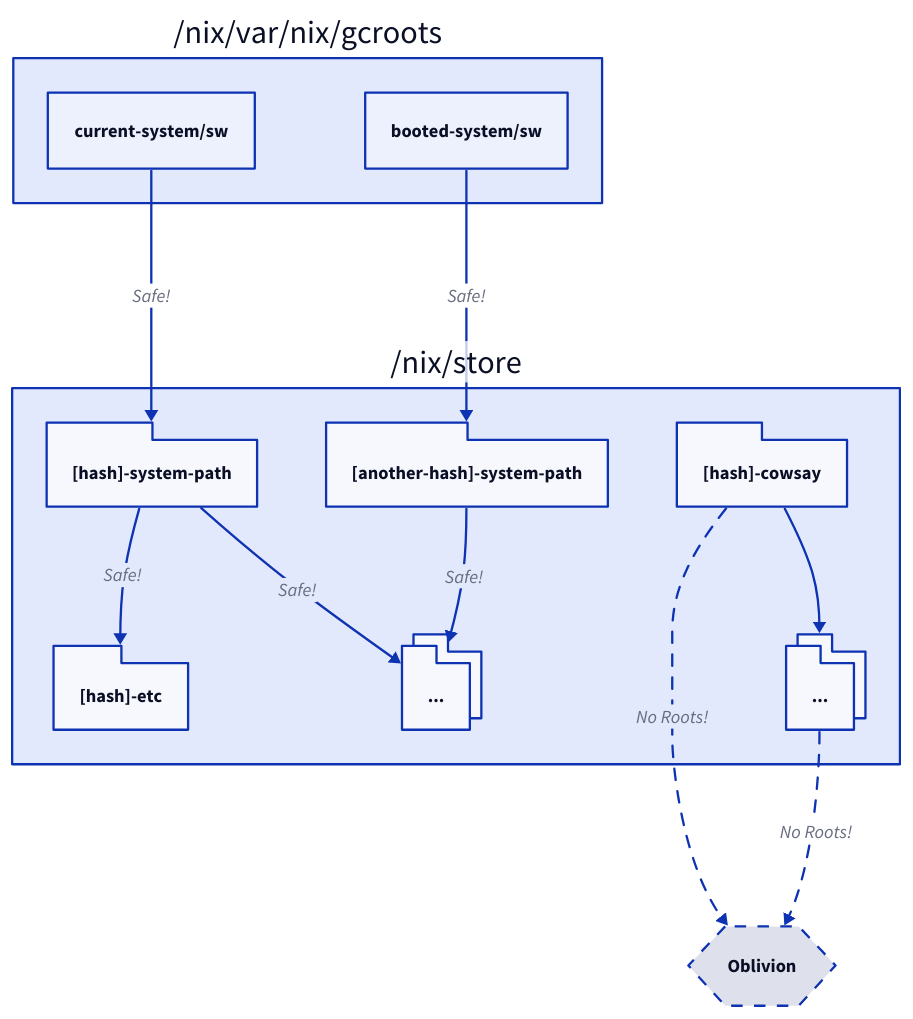
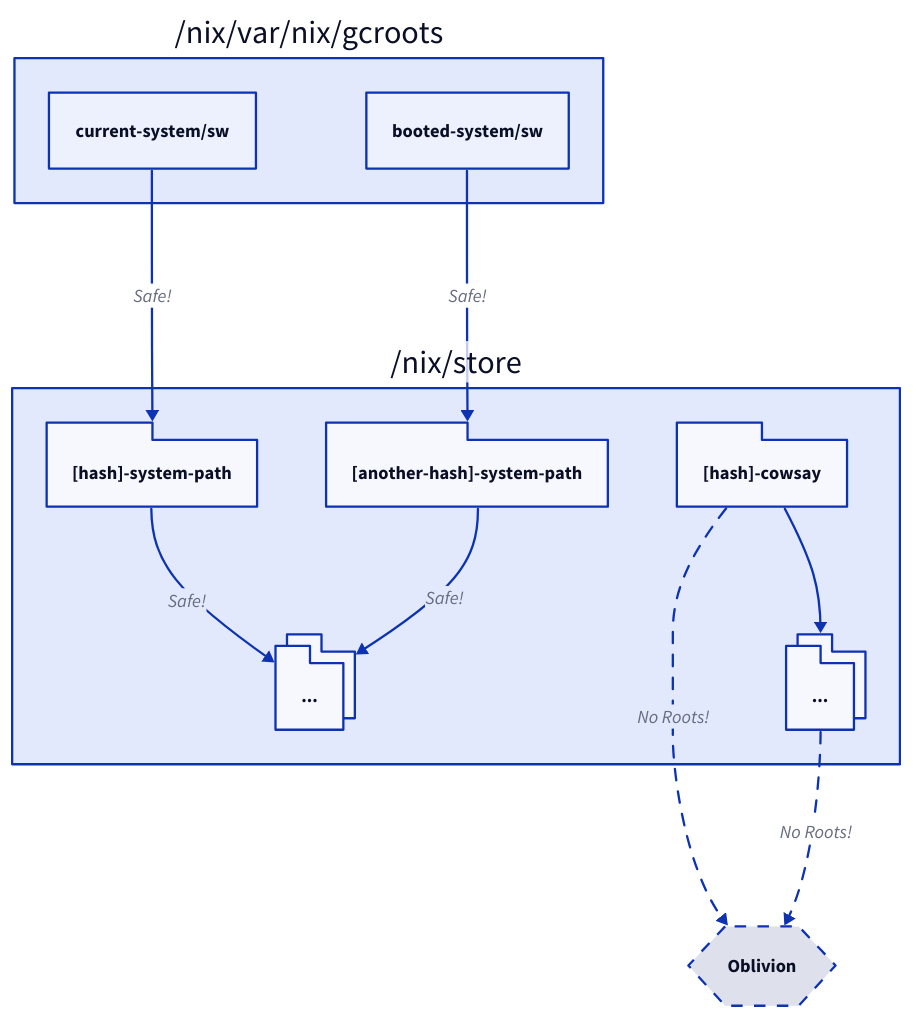
The eighth of 8 diagrams in src/content/docs/chapters/5.mdx (Bwc9876/dgang), drawn with D2 before and after one commit. The commit also changed 8 other files, not shown here.

````diff
--- a/src/content/docs/chapters/5.mdx
+++ b/src/content/docs/chapters/5.mdx
@@ -319,38 +319,36 @@
 ```d2
 "/nix/var/nix/gcroots": {
   "current-system/sw"
   "booted-system/sw"
 }
 
 "/nix/store": {
   "[hash]-system-path": { shape: package }
   "[another-hash]-system-path": { shape: package }
-  "[hash]-etc": { shape: package }
   "[hash]-cowsay": { shape: package }
 
   "..." { 
     shape: package 
     style.multiple: true
   }
 
   ad: "..." { 
     shape: package 
     style.multiple: true
   }
 
-  "[hash]-system-path" -> "[hash]-etc": Safe!
   "[hash]-system-path" -> "...": Safe!
   "[another-hash]-system-path" -> "...": Safe!
   "[hash]-cowsay" -> ad
 }
 
 "Oblivion": { 
   shape: hexagon 
   style.stroke-dash: 5
 }
 
 "/nix/var/nix/gcroots"."current-system/sw" -> "/nix/store"."[hash]-system-path": Safe!
 "/nix/var/nix/gcroots"."booted-system/sw" -> "/nix/store"."[another-hash]-system-path": Safe!
 "/nix/store"."[hash]-cowsay" -> "Oblivion": "No Roots!" { style.animated: true }
 "/nix/store".ad -> "Oblivion": "No Roots!" { style.animated: true }
 ```
````
